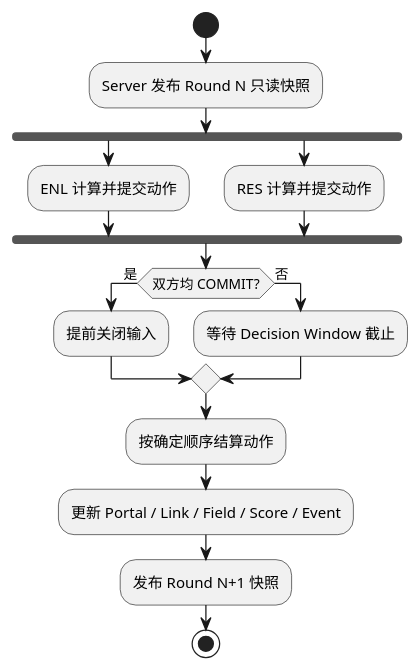
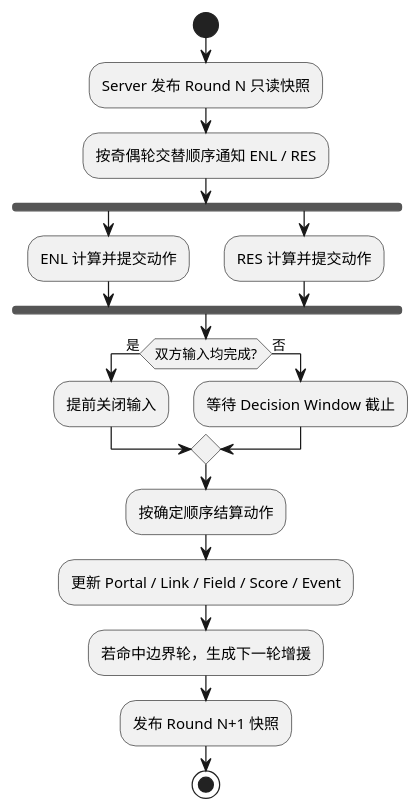
Before and after one commit to Mort2000/ingress_server: the diagram in .scratch/ingress_arena_v0.1/rules/01-match-map.md, drawn with PlantUML. The commit also changed other lines of this file and 31 other files, not shown here.

````diff
--- a/.scratch/ingress_arena_v0.1/rules/01-match-map.md
+++ b/.scratch/ingress_arena_v0.1/rules/01-match-map.md
@@ -9,20 +11,22 @@
 ```plantuml
 @startuml
 start
 :Server 发布 Round N 只读快照;
+:按奇偶轮交替顺序通知 ENL / RES;
 fork
   :ENL 计算并提交动作;
 fork again
   :RES 计算并提交动作;
 end fork
-if (双方均 COMMIT?) then (是)
+if (双方输入均完成?) then (是)
   :提前关闭输入;
 else (否)
   :等待 Decision Window 截止;
 endif
 :按确定顺序结算动作;
 :更新 Portal / Link / Field / Score / Event;
+:若命中边界轮，生成下一轮增援;
 :发布 Round N+1 快照;
 stop
 @enduml
 ```
````
